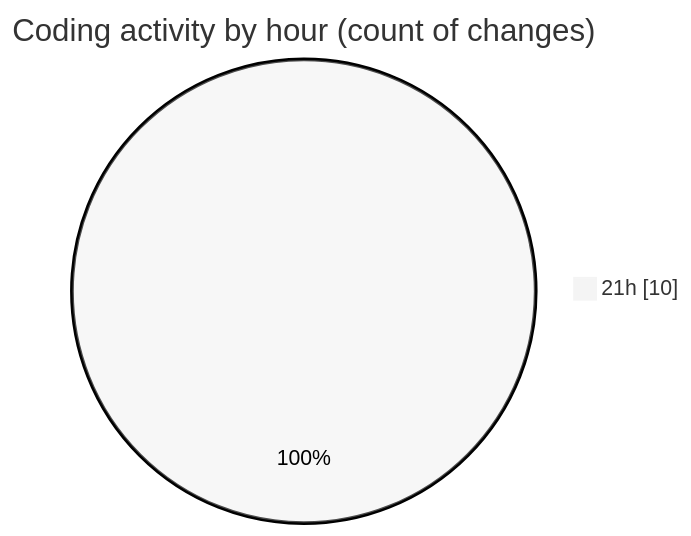
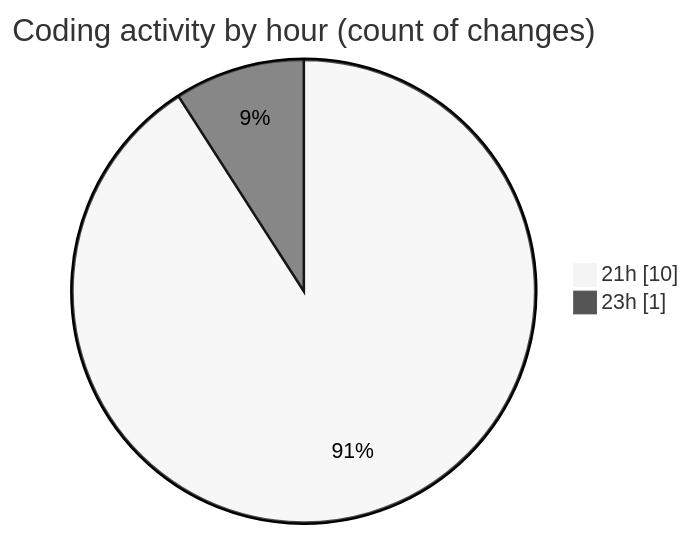
One commit to Ritupan-Deka/code-tracking changed the second of 2 diagrams in 2025-08-06/javascript/README.md. Above: the diagram before and after it, drawn with Mermaid (neutral theme). The commit also changed other lines of this file and 1 other file, not shown here.

````diff
--- a/2025-08-06/javascript/README.md
+++ b/2025-08-06/javascript/README.md
@@ -28,5 +30,6 @@
 ```mermaid
 pie showData
 title Coding activity by hour (count of changes)
 "21h" : 10
+"23h" : 1
 ```
````
